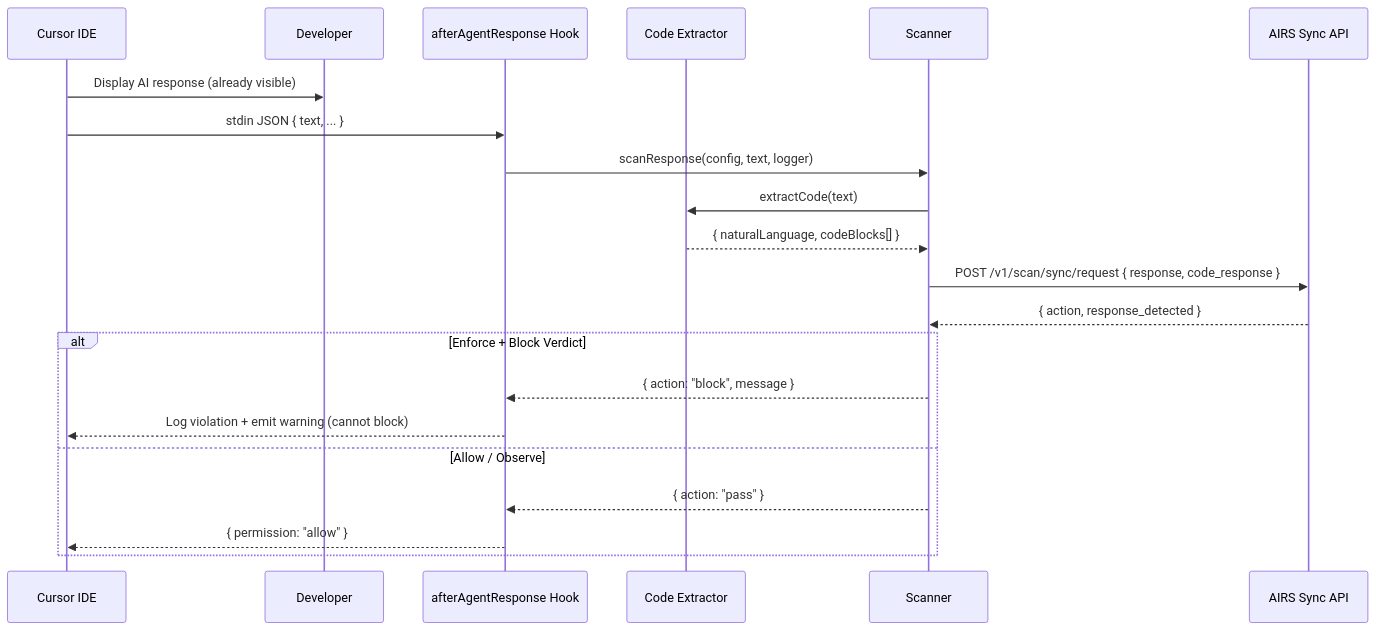
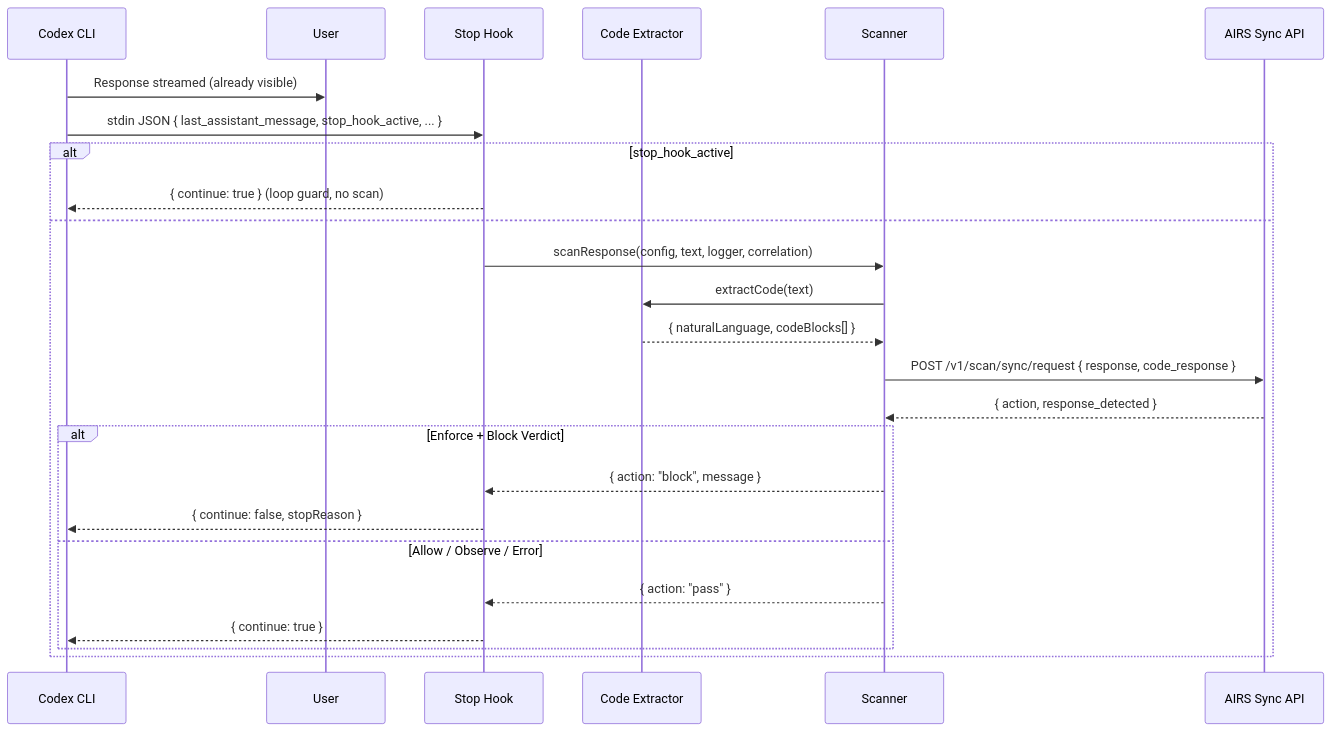
The second of 4 diagrams in docs/architecture/scanning-flow.md (cdot65/prisma-airs-codex-hooks), drawn with Mermaid before and after one commit. The commit also changed other lines of this file and 23 other files, not shown here.

````diff
--- a/docs/architecture/scanning-flow.md
+++ b/docs/architecture/scanning-flow.md
@@ -39,24 +39,28 @@
 ```mermaid
 sequenceDiagram
-    participant C as Cursor IDE
-    participant U as Developer
-    participant H as afterAgentResponse Hook
+    participant C as Codex CLI
+    participant U as User
+    participant H as Stop Hook
     participant X as Code Extractor
     participant S as Scanner
     participant A as AIRS Sync API
 
-    C->>U: Display AI response (already visible)
-    C->>H: stdin JSON { text, ... }
-    H->>S: scanResponse(config, text, logger)
-    S->>X: extractCode(text)
-    X-->>S: { naturalLanguage, codeBlocks[] }
-    S->>A: POST /v1/scan/sync/request { response, code_response }
-    A-->>S: { action, response_detected }
-    alt Enforce + Block Verdict
-        S-->>H: { action: "block", message }
-        H-->>C: Log violation + emit warning (cannot block)
-    else Allow / Observe
-        S-->>H: { action: "pass" }
-        H-->>C: { permission: "allow" }
+    C->>U: Response streamed (already visible)
+    C->>H: stdin JSON { last_assistant_message, stop_hook_active, ... }
+    alt stop_hook_active
+        H-->>C: { continue: true } (loop guard, no scan)
+    else
+        H->>S: scanResponse(config, text, logger, correlation)
+        S->>X: extractCode(text)
+        X-->>S: { naturalLanguage, codeBlocks[] }
+        S->>A: POST /v1/scan/sync/request { response, code_response }
+        A-->>S: { action, response_detected }
+        alt Enforce + Block Verdict
+            S-->>H: { action: "block", message }
+            H-->>C: { continue: false, stopReason }
+        else Allow / Observe / Error
+            S-->>H: { action: "pass" }
+            H-->>C: { continue: true }
+        end
     end
 ```
````
